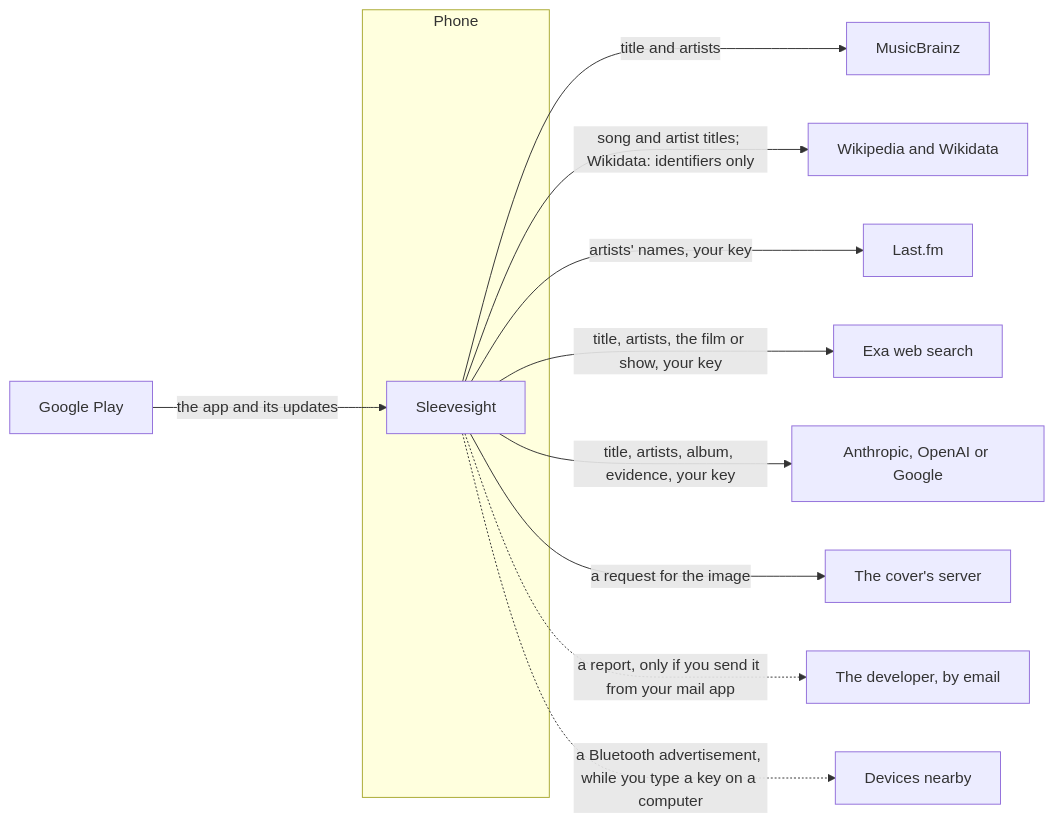
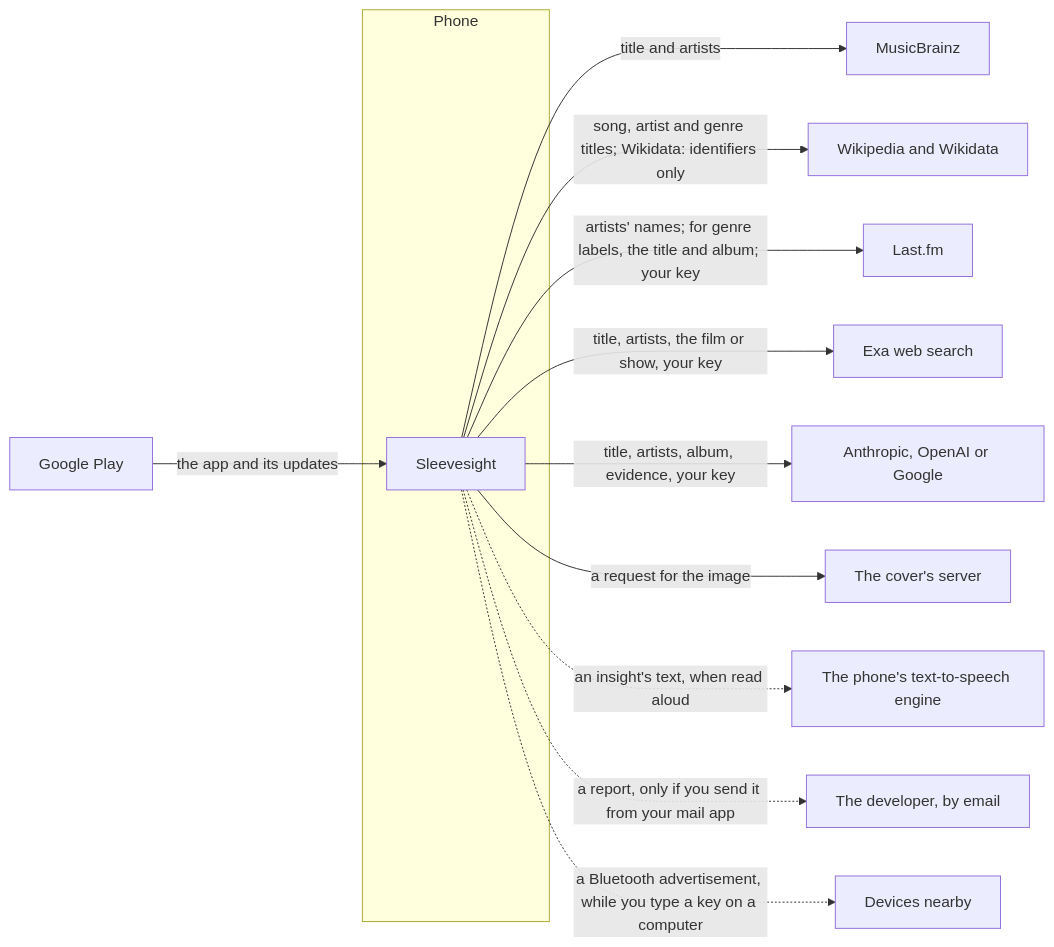
Before and after one commit to wkusnierczyk/sleevesight: the second of 3 diagrams in docs/architecture/index.md, drawn with Mermaid. The commit also changed other lines of this file and 20 other files, not shown here.

````diff
--- a/docs/architecture/index.md
+++ b/docs/architecture/index.md
@@ -84,15 +95,16 @@
 ```mermaid
 flowchart LR
   subgraph Phone
     App["Sleevesight"]
   end
   App -- "title and artists" --> MB["MusicBrainz"]
-  App -- "song and artist titles; Wikidata: identifiers only" --> WP["Wikipedia and Wikidata"]
-  App -- "artists' names, your key" --> LFM["Last.fm"]
+  App -- "song, artist and genre titles; Wikidata: identifiers only" --> WP["Wikipedia and Wikidata"]
+  App -- "artists' names; for genre labels, the title and album; your key" --> LFM["Last.fm"]
   App -- "title, artists, the film or show, your key" --> Exa["Exa web search"]
   App -- "title, artists, album, evidence, your key" --> AI["Anthropic, OpenAI or Google"]
   App -- "a request for the image" --> Art["The cover's server"]
+  App -. "an insight's text, when read aloud" .-> TTS["The phone's text-to-speech engine"]
   App -. "a report, only if you send it from your mail app" .-> Dev["The developer, by email"]
   App -. "a Bluetooth advertisement, while you type a key on a computer" .-> Near["Devices nearby"]
   Play["Google Play"] -- "the app and its updates" --> App
 ```
````
